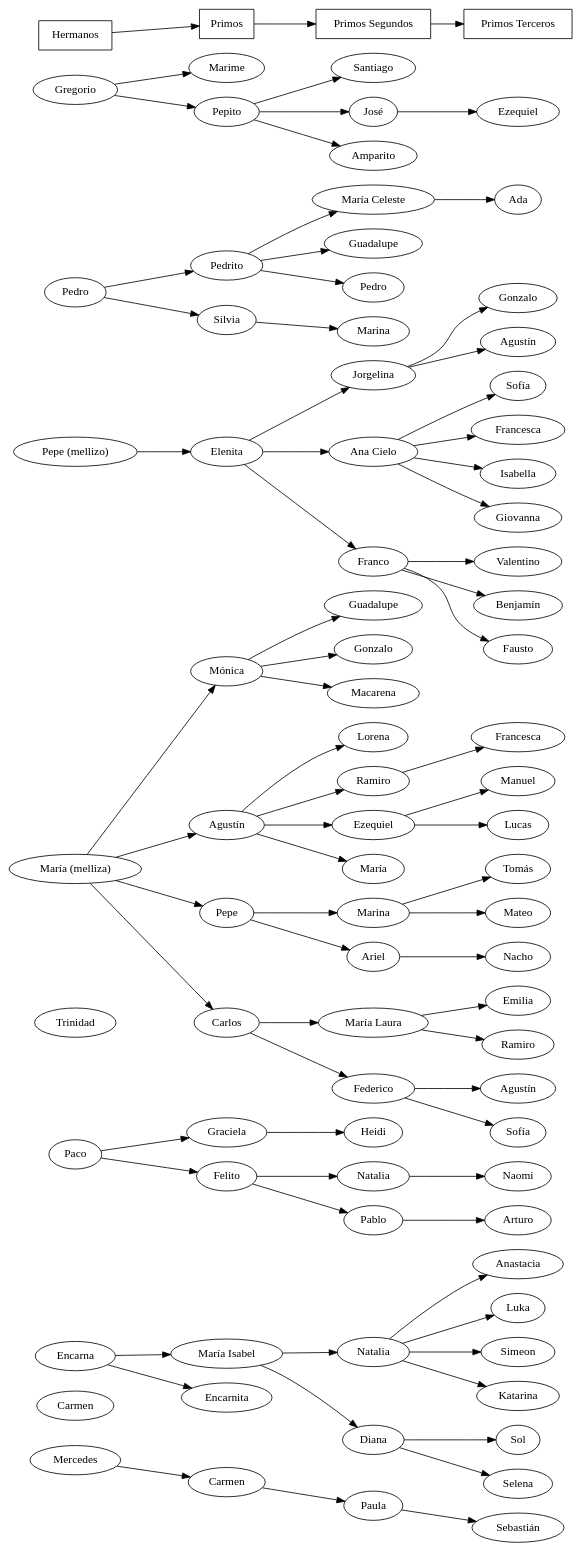
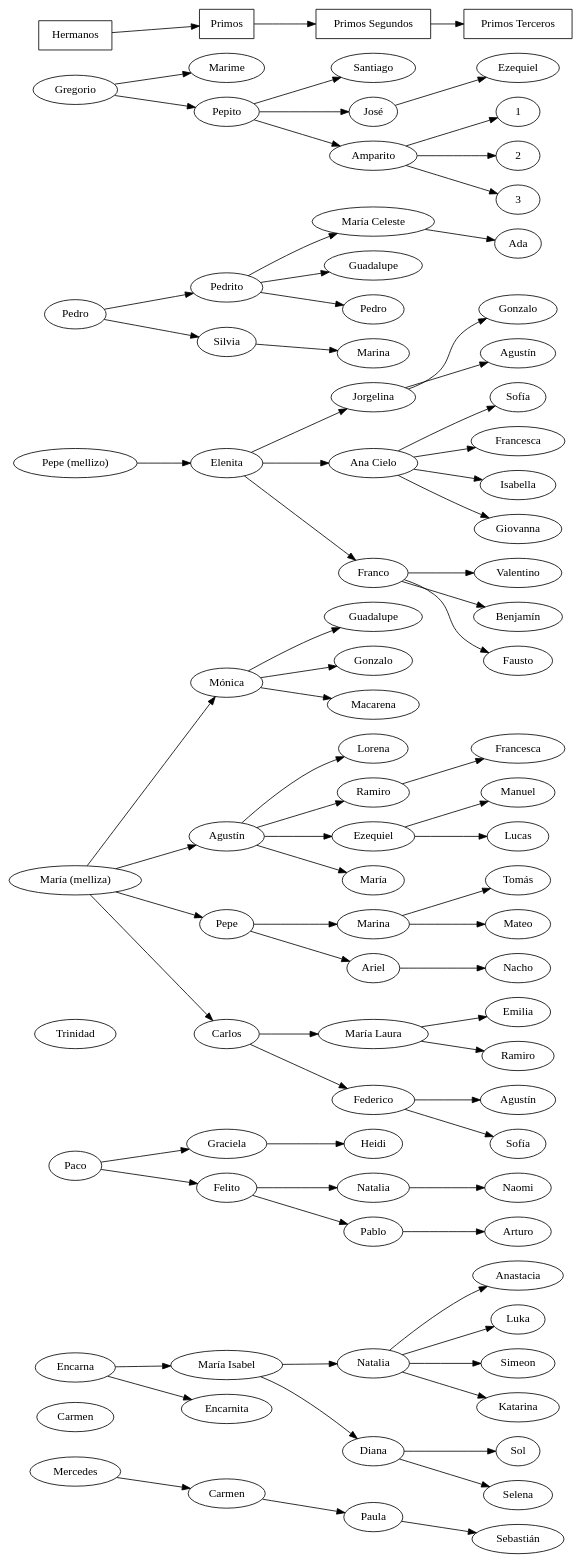
The diagram in gomitada.dot (ramiror/gomitada), drawn with Graphviz before and after one commit. The commit also changed 1 other file, not shown here.

Commit message:
Add Amparito nonamed children

```diff
--- a/gomitada.dot
+++ b/gomitada.dot
@@ -1,112 +1,115 @@
 digraph {
     rankdir=LR
     Hermanos [shape="box"]
     Primos [shape="box"]
     "Primos Segundos" [shape="box"]
     "Primos Terceros" [shape="box"]
     Hermanos -> Primos -> "Primos Segundos" -> "Primos Terceros"
     Gregorio
     Pedro
     pm [label="Pepe (mellizo)"]
     mari [label="María (melliza)"]
     Trinidad
     Paco
     Encarna
     Carmen
     Mercedes
 
     {
         rank=same
         Hermanos -> Gregorio -> Pedro -> pm -> mari -> Trinidad -> Paco -> Encarna -> Carmen -> Mercedes [style="invis"]
     }
 
     Gregorio -> Marime
     Gregorio -> Pepito
     Pedro -> Pedrito
     Pedro -> Silvia
     pm -> Elenita
     Paco -> Graciela -> Heidi
     Paco -> Felito
     Isabel [label="María Isabel"]
     Encarna -> Isabel
     Encarna -> Encarnita
     Carmen_Mercedes [label="Carmen"]
     sebas [label="Sebastián"]
     Mercedes -> Carmen_Mercedes -> Paula -> sebas
     natalia_isabel [label="Natalia"]
     Isabel -> natalia_isabel
     Isabel -> Diana
     natalia_isabel -> Anastacia
     natalia_isabel -> Luka
     natalia_isabel -> Simeon
     kiki [label="Katarina"]
     natalia_isabel -> kiki
     Diana -> Sol
     Diana -> Selena
     moni [label="Mónica"]
     agus [label="Agustín"]
     mari -> agus
     mari -> Pepe
     mari -> Carlos
     mari -> moni
     agus -> Lorena
     agus -> Ramiro -> Francesca
     agus -> Ezequiel
     Maria_Agus [label="María"]
     agus -> Maria_Agus
     moni -> Guadalupe
     moni -> Gonzalo
     moni -> Macarena
     piqui [label="María Laura"]
     Carlos -> piqui
     Carlos -> Federico
     Pepe -> Marina
     Pepe -> Ariel -> Nacho
     Ezequiel -> Manuel
     Ezequiel -> Lucas
     Felito -> Natalia -> Naomi
     Felito -> Pablo -> Arturo
     piqui -> Emilia
     Ramiro_Piqui [label="Ramiro"]
     piqui -> Ramiro_Piqui
     Agus_Fede [label="Agustín"]
     Federico -> Agus_Fede
     sofi [label="Sofía"]
     Federico -> sofi
     Tomas [label="Tomás"]
     Marina -> Tomas
     Marina -> Mateo
     Pepito -> Santiago
     Jose [label="José"]
     Pepito -> Jose
     Pepito -> Amparito
     Elenita -> Jorgelina
     AnaCielo [label="Ana Cielo"]
     Elenita -> AnaCielo
     Elenita -> Franco
     Gonzalo_Jorgelina [label="Gonzalo"]
     Agus_Jorgelina [label="Agustín"]
     Jorgelina -> Agus_Jorgelina
     Jorgelina -> Gonzalo_Jorgelina
     Sofia_AnaCielo [label="Sofía"]
     Francesca_AnaCielo [label="Francesca"]
     AnaCielo -> Sofia_AnaCielo
     AnaCielo -> Francesca_AnaCielo
     AnaCielo -> Isabella
     AnaCielo -> Giovanna
     Franco -> Valentino
     Benja [label="Benjamín"]
     Franco -> Benja
     Franco -> Fausto
     macel [label="María Celeste"]
     guada_pedrito [label="Guadalupe"]
     pedro_pedrito [label="Pedro"]
     Pedrito -> macel
     Pedrito -> guada_pedrito
     Pedrito -> pedro_pedrito
     marina_silvia [label="Marina"]
     Silvia -> marina_silvia
     macel -> Ada
     eze_jose [label="Ezequiel"]
     Jose -> eze_jose
+    Amparito -> 1
+    Amparito -> 2
+    Amparito -> 3
 }
```
